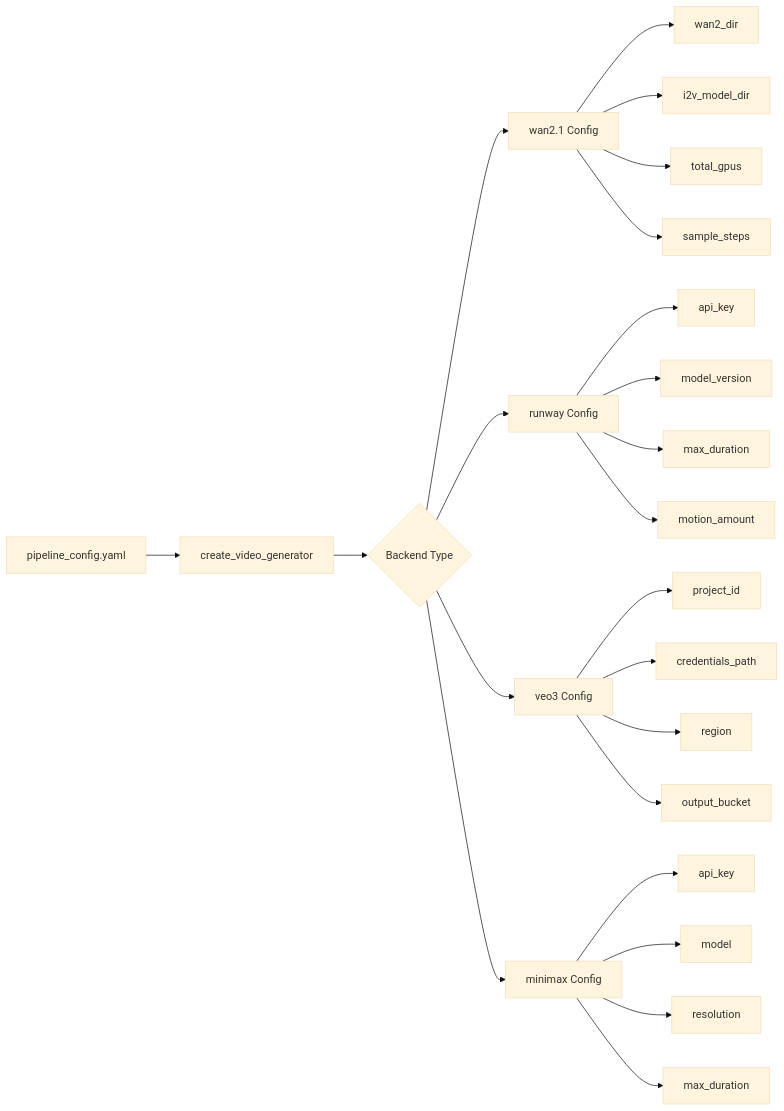
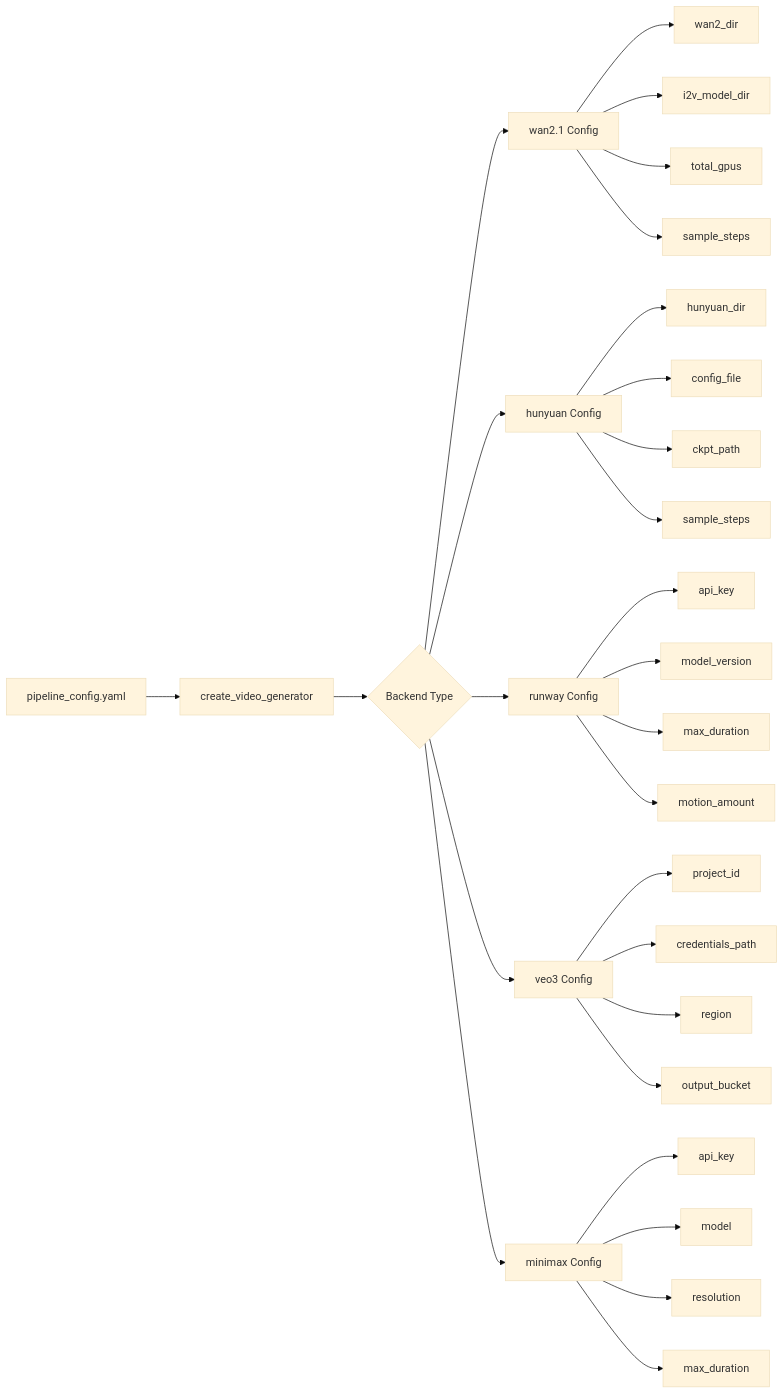
One commit to trilogy-group/ttv-pipeline changed the first of 2 diagrams in docs/05-architecture-and-interface.md. Above: the diagram before and after it, drawn with Mermaid (base theme). The commit also changed 8 other files, not shown here.

````diff
--- a/docs/05-architecture-and-interface.md
+++ b/docs/05-architecture-and-interface.md
@@ -121,34 +121,41 @@
 ```mermaid
 graph LR
     config[pipeline_config.yaml] --> factory[create_video_generator]
     factory --> selector{Backend Type}
     
     selector --> wan2[wan2.1 Config]
+    selector --> hunyuan[hunyuan Config]
     selector --> runway[runway Config]
     selector --> veo3[veo3 Config]
     selector --> minimax[minimax Config]
     
     %% Wan2.1 Configuration
     wan2 --> wan2_dir[wan2_dir]
     wan2 --> i2v_model_dir[i2v_model_dir]
     wan2 --> total_gpus[total_gpus]
     wan2 --> sample_steps[sample_steps]
+
+    %% Hunyuan Configuration
+    hunyuan --> hunyuan_dir[hunyuan_dir]
+    hunyuan --> hunyuan_cfg[config_file]
+    hunyuan --> hunyuan_ckpt[ckpt_path]
+    hunyuan --> hunyuan_steps[sample_steps]
     
     %% Runway Configuration
     runway --> api_key[api_key]
     runway --> model_version[model_version]
     runway --> max_duration[max_duration]
     runway --> motion_amount[motion_amount]
     
     %% Veo3 Configuration
     veo3 --> project_id[project_id]
     veo3 --> credentials_path[credentials_path]
     veo3 --> region[region]
     veo3 --> output_bucket[output_bucket]
     
     %% Minimax Configuration
     minimax --> minimax_api_key[api_key]
     minimax --> minimax_model[model]
     minimax --> minimax_resolution[resolution]
     minimax --> minimax_max_duration[max_duration]
 ```
````
